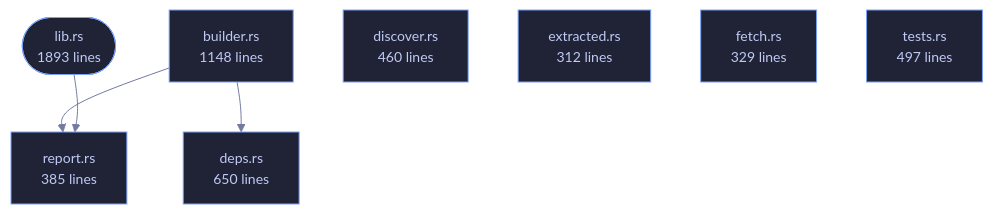
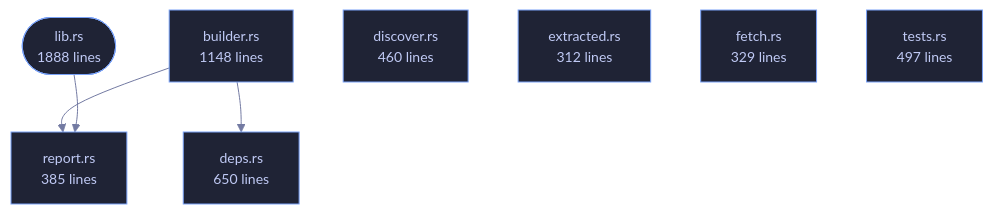
The diagram in wiki/Crate-veilvoice-verify.md (tilas01/veilvoice), drawn with Mermaid before and after one commit. The commit also changed other lines of this file and 19 other files, not shown here.

````diff
--- a/wiki/Crate-veilvoice-verify.md
+++ b/wiki/Crate-veilvoice-verify.md
@@ -80,23 +80,23 @@
 ```mermaid
 %%{init: {"theme":"base","themeVariables":{"background":"#1a1b26","primaryColor":"#1f2335","primaryTextColor":"#c0caf5","primaryBorderColor":"#7aa2f7","secondaryColor":"#16161e","tertiaryColor":"#16161e","lineColor":"#737aa2","textColor":"#c0caf5","mainBkg":"#1f2335","nodeBorder":"#7aa2f7","clusterBkg":"#16161e","clusterBorder":"#2f3549","fontFamily":"ui-monospace, SFMono-Regular, Consolas, monospace","fontSize":"14px"}}}%%
 flowchart TD
-    n_lib(["lib.rs<br/>1893 lines"])
+    n_lib(["lib.rs<br/>1888 lines"])
     n_builder["builder.rs<br/>1148 lines"]
     n_deps["deps.rs<br/>650 lines"]
     n_discover["discover.rs<br/>460 lines"]
     n_extracted["extracted.rs<br/>312 lines"]
     n_fetch["fetch.rs<br/>329 lines"]
     n_report["report.rs<br/>385 lines"]
     n_tests["tests.rs<br/>497 lines"]
     n_builder --> n_deps
     n_builder --> n_report
     n_lib --> n_report
     click n_lib href "https://github.com/tilas01/veilvoice/blob/main/crates/veilvoice-verify/src/lib.rs" "open the source"
     click n_builder href "https://github.com/tilas01/veilvoice/blob/main/crates/veilvoice-verify/src/builder.rs" "open the source"
     click n_deps href "https://github.com/tilas01/veilvoice/blob/main/crates/veilvoice-verify/src/deps.rs" "open the source"
     click n_discover href "https://github.com/tilas01/veilvoice/blob/main/crates/veilvoice-verify/src/discover.rs" "open the source"
     click n_extracted href "https://github.com/tilas01/veilvoice/blob/main/crates/veilvoice-verify/src/extracted.rs" "open the source"
     click n_fetch href "https://github.com/tilas01/veilvoice/blob/main/crates/veilvoice-verify/src/fetch.rs" "open the source"
     click n_report href "https://github.com/tilas01/veilvoice/blob/main/crates/veilvoice-verify/src/report.rs" "open the source"
     click n_tests href "https://github.com/tilas01/veilvoice/blob/main/crates/veilvoice-verify/src/tests.rs" "open the source"
 ```
````
